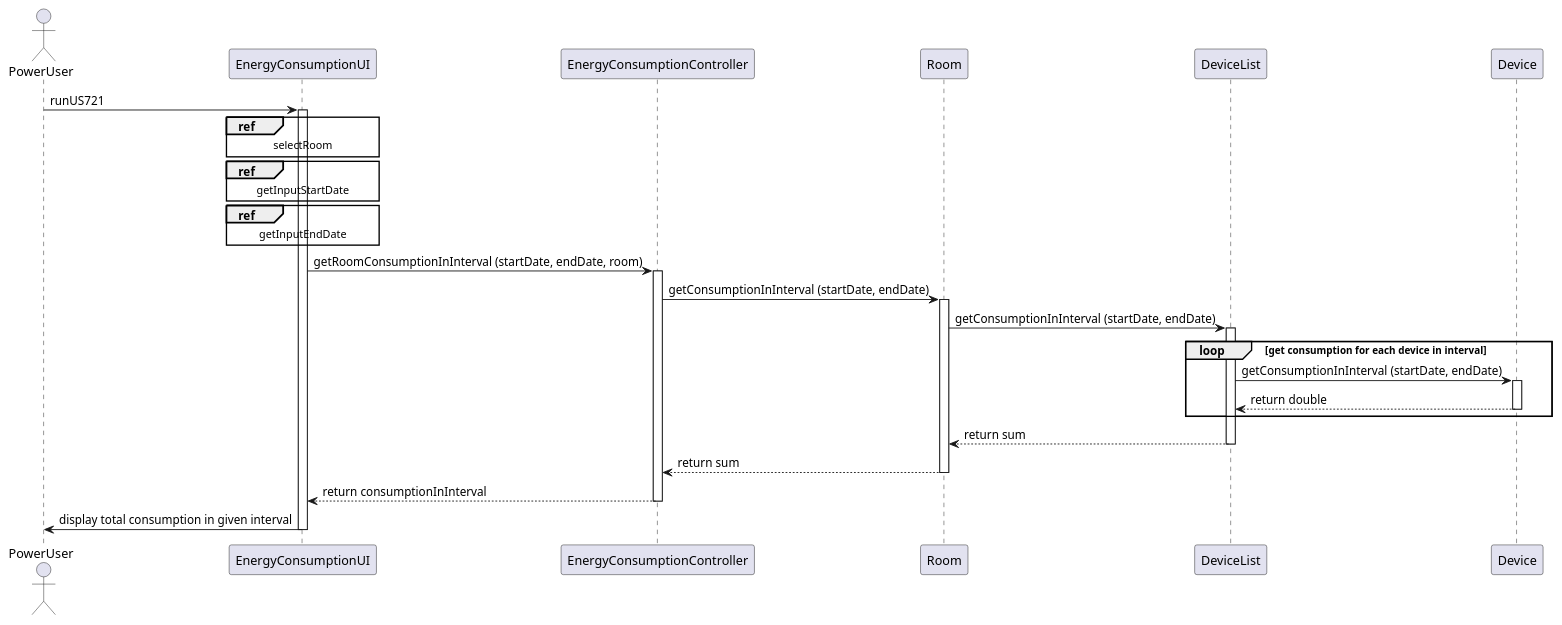
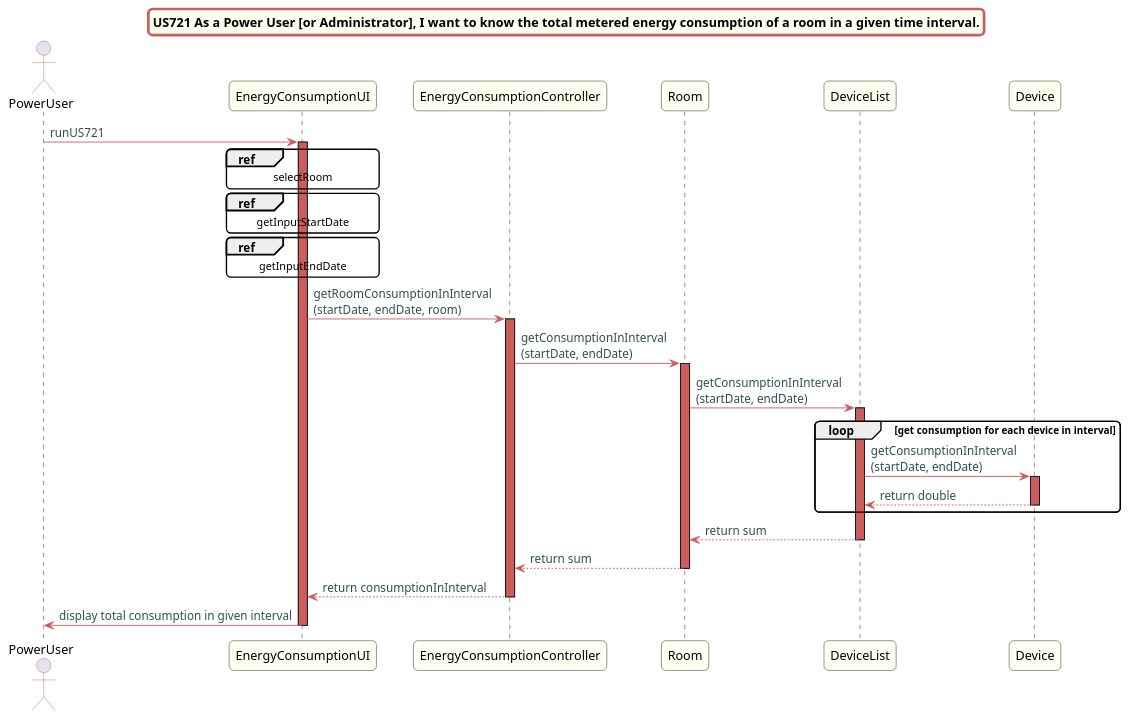
Before and after one commit to Almadanmp/project: the diagram in uml/US721/US721.puml, drawn with PlantUML. The commit also changed 18 other files, not shown here.

Commit message:
UML format changes

```diff
--- a/uml/US721/US721.puml
+++ b/uml/US721/US721.puml
@@ -1,35 +1,57 @@
 @startuml
+title US721 As a Power User [or Administrator], I want to know the total metered energy consumption of a room in a given time interval.
+skinparam titleBorderThickness 3
+skinparam titleBorderColor indianred
+skinparam titleBackgroundColor ivory
+skinparam FontName quicksand
 
+skinparam actor {
+ 	BorderColor indianred
+ 	}
+
+ skinparam sequence {
+ 	LifeLineBackgroundColor indianred
+ 	ParticipantBackgroundColor ivory
+ }
+
+ skinparam roundcorner 10
+
+ skinparam component {
+   arrowThickness 1
+   ArrowFontName Verdana
+   ArrowColor indianred
+   ArrowFontColor darkslategrey
+ }
 actor PowerUser
 PowerUser -> EnergyConsumptionUI: runUS721
 ref over EnergyConsumptionUI
 selectRoom
 end ref
 activate EnergyConsumptionUI
 ref over EnergyConsumptionUI
 getInputStartDate
 end ref
 ref over EnergyConsumptionUI
 getInputEndDate
 end ref
-EnergyConsumptionUI -> EnergyConsumptionController: getRoomConsumptionInInterval (startDate, endDate, room)
+EnergyConsumptionUI -> EnergyConsumptionController: getRoomConsumptionInInterval \n(startDate, endDate, room)
 activate EnergyConsumptionController
-EnergyConsumptionController -> Room: getConsumptionInInterval (startDate, endDate)
+EnergyConsumptionController -> Room: getConsumptionInInterval \n(startDate, endDate)
 activate Room
-Room -> DeviceList: getConsumptionInInterval (startDate, endDate)
+Room -> DeviceList: getConsumptionInInterval \n(startDate, endDate)
 activate DeviceList
 loop get consumption for each device in interval
-DeviceList -> Device: getConsumptionInInterval (startDate, endDate)
+DeviceList -> Device: getConsumptionInInterval \n(startDate, endDate)
 activate Device
 Device --> DeviceList: return double
 deactivate Device
 end
 DeviceList --> Room: return sum
 deactivate DeviceList
 Room --> EnergyConsumptionController: return sum
 deactivate Room
 EnergyConsumptionController --> EnergyConsumptionUI: return consumptionInInterval
 deactivate EnergyConsumptionController
 EnergyConsumptionUI -> PowerUser: display total consumption in given interval
 deactivate EnergyConsumptionUI
 @enduml
```
